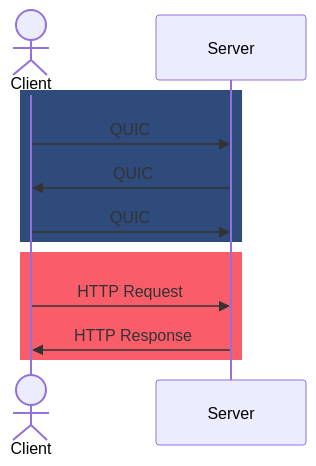
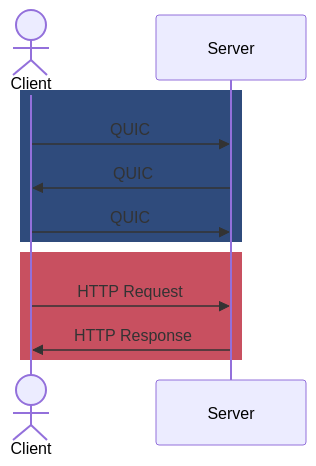
Before and after one commit to sudorandom/kmcd.dev: the second of 3 diagrams in content/posts/2024/grpc-over-http3/index.md, drawn with Mermaid. The commit also changed other lines of this file, not shown here.

Commit message:
trivial: adjust color of mermaid seq diagg

````diff
--- a/content/posts/2024/grpc-over-http3/index.md
+++ b/content/posts/2024/grpc-over-http3/index.md
@@ -61,15 +61,15 @@
 ```mermaid
 sequenceDiagram
-    actor Client
+	    actor Client
 
     rect rgb(47,75,124)
         Client ->> Server: QUIC
         Server ->> Client: QUIC
         Client ->> Server: QUIC
     end
 
-    rect rgb(249,93,106)
+    rect rgb(200,80,96)
         Client ->> Server: HTTP Request
         Server ->> Client: HTTP Response
     end
 ```
````
